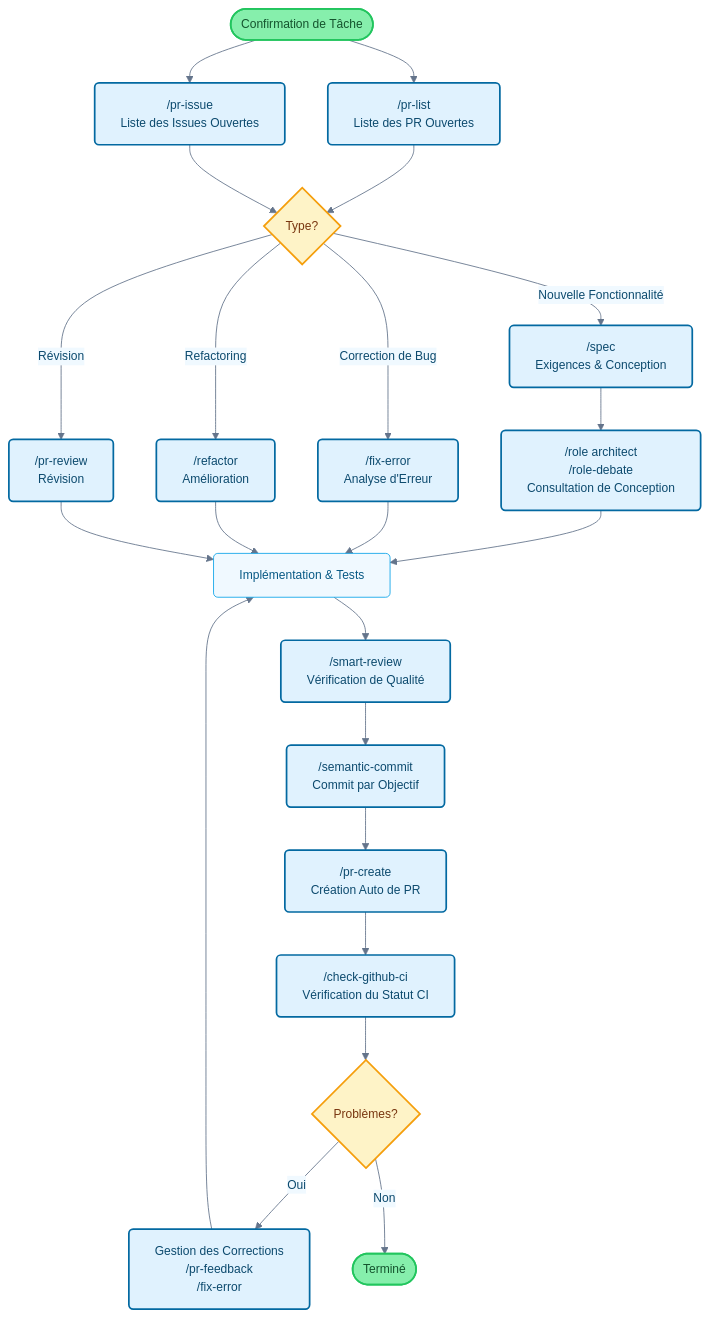
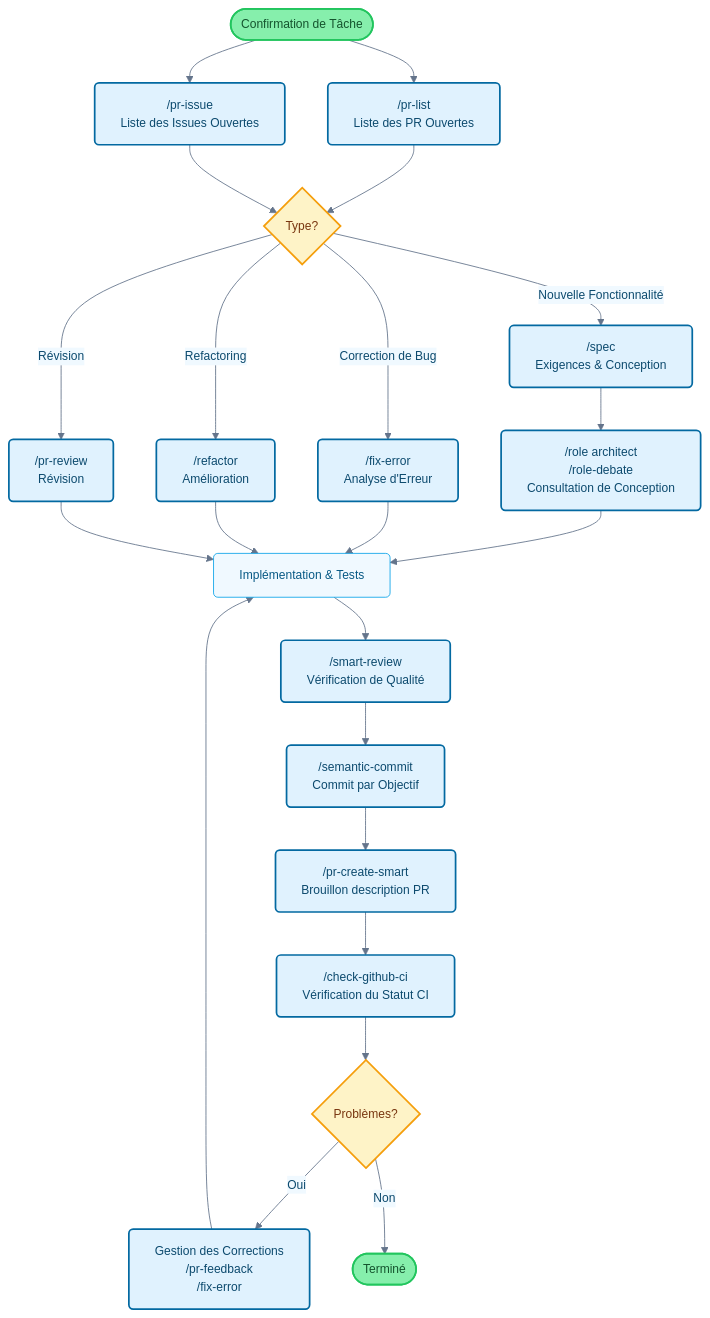
Before and after one commit to foreveryh/claude-code-cookbook: the diagram in README_fr.md, drawn with Mermaid. The commit also changed other lines of this file and 4 other files, not shown here.

Commit message:
docs: link workflow guides in READMEs; update FR/KO flowcharts to /pr-create-smart; document --template option in deploy-check (en/ja/zh)

````diff
--- a/README_fr.md
+++ b/README_fr.md
@@ -126,42 +127,42 @@
 ```mermaid
 flowchart TB
     Start([Confirmation de Tâche]) --> PRList["/pr-list<br/>Liste des PR Ouvertes"]
     Start --> PRIssue["/pr-issue<br/>Liste des Issues Ouvertes"]
 
     PRList --> TaskType{Type?}
     PRIssue --> TaskType
 
     TaskType -->|Nouvelle Fonctionnalité| Plan["/spec<br/>Exigences & Conception"]
     TaskType -->|Correction de Bug| Fix["/fix-error<br/>Analyse d'Erreur"]
     TaskType -->|Refactoring| Refactor["/refactor<br/>Amélioration"]
     TaskType -->|Révision| Review["/pr-review<br/>Révision"]
 
     Plan --> Design["/role architect<br/>/role-debate<br/>Consultation de Conception"]
     Design --> Implementation[Implémentation & Tests]
     Fix --> Implementation
     Refactor --> Implementation
     Review --> Implementation
 
     Implementation --> Check["/smart-review<br/>Vérification de Qualité"]
     Check --> Commit["/semantic-commit<br/>Commit par Objectif"]
-    Commit --> PR["/pr-create<br/>Création Auto de PR"]
+    Commit --> PR["/pr-create-smart<br/>Brouillon description PR"]
     PR --> CI["/check-github-ci<br/>Vérification du Statut CI"]
 
     CI --> Status{Problèmes?}
     Status -->|Oui| Feedback["Gestion des Corrections<br/>/pr-feedback<br/>/fix-error"]
     Status -->|Non| End([Terminé])
 
     Feedback --> Implementation
 
     classDef commandBox fill:#e0f2fe,stroke:#0369a1,stroke-width:2px,rx:5,ry:5,color:#0c4a6e
     classDef processBox fill:#f0f9ff,stroke:#0ea5e9,stroke-width:1px,rx:5,ry:5,color:#075985
     classDef decisionBox fill:#fef3c7,stroke:#f59e0b,stroke-width:2px,rx:5,ry:5,color:#78350f
     classDef startEnd fill:#86efac,stroke:#22c55e,stroke-width:2px,rx:20,ry:20,color:#14532d
 
     class PRList,PRIssue,Plan,Fix,Refactor,Review,Design,Check,CI,Commit,PR,Feedback commandBox
     class Implementation processBox
     class TaskType,Status decisionBox
     class Start,End startEnd
 
     %%{init: {'theme':'base', 'themeVariables': { 'primaryColor':'#e0f2fe', 'primaryTextColor':'#0c4a6e', 'primaryBorderColor':'#0369a1', 'lineColor':'#64748b', 'secondaryColor':'#f0f9ff', 'background':'#ffffff', 'mainBkg':'#ffffff', 'fontSize': '14px'}}}%%
 ```
````
